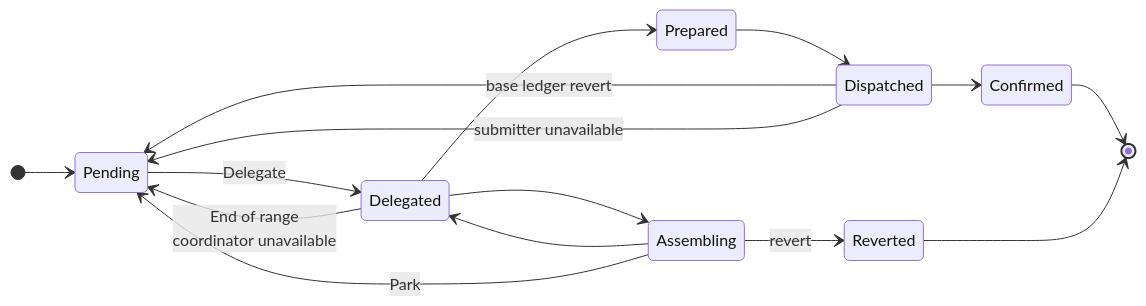
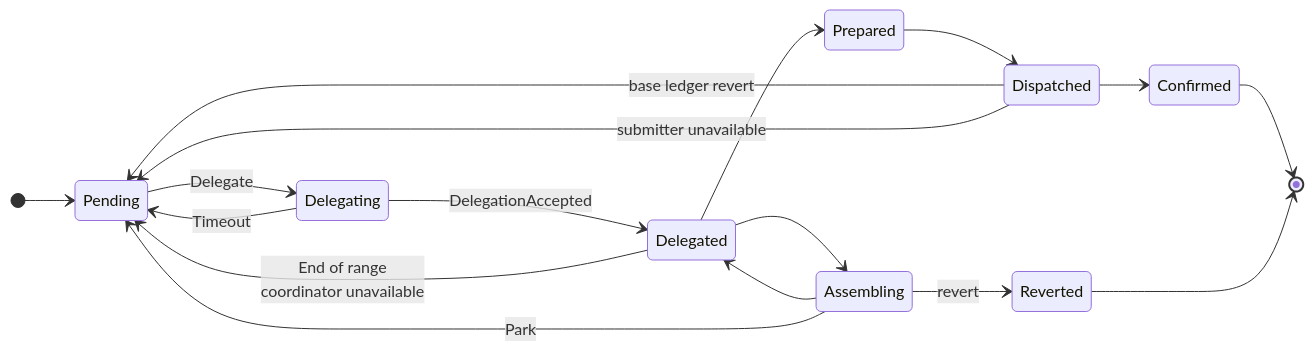
The first of 24 diagrams in doc-site/docs/architecture/distributed_sequencer.md (matthew1001/paladin), drawn with Mermaid before and after one commit.

Commit message:
add delegating state

````diff
--- a/doc-site/docs/architecture/distributed_sequencer.md
+++ b/doc-site/docs/architecture/distributed_sequencer.md
@@ -45,19 +45,21 @@
 ```mermaid
 stateDiagram-v2
     direction LR
     [*] --> Pending
-    Pending --> Delegated: Delegate
+    Pending --> Delegating: Delegate
+    Delegating --> Delegated: DelegationAccepted
+    Delegating --> Pending: Timeout
     Delegated --> Assembling
     Assembling --> Delegated
     Assembling --> Pending : Park
     Delegated --> Pending: End of range <br/> coordinator unavailable
+    Dispatched --> Confirmed
     Delegated --> Prepared
     Prepared --> Dispatched
-    Dispatched --> Confirmed
     Dispatched --> Pending : base ledger revert
     Dispatched --> Pending : submitter unavailable
     Assembling --> Reverted : revert
     Confirmed --> [*]
     Reverted --> [*]
 
 ```
````
